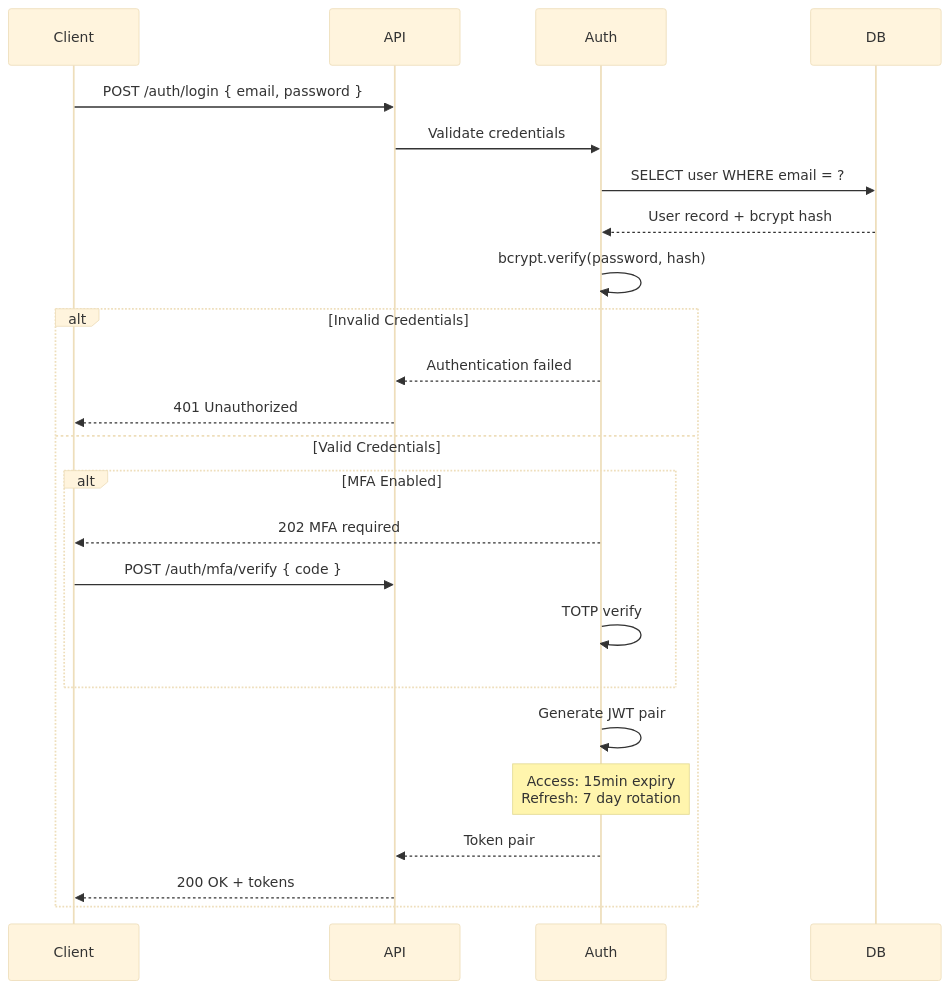
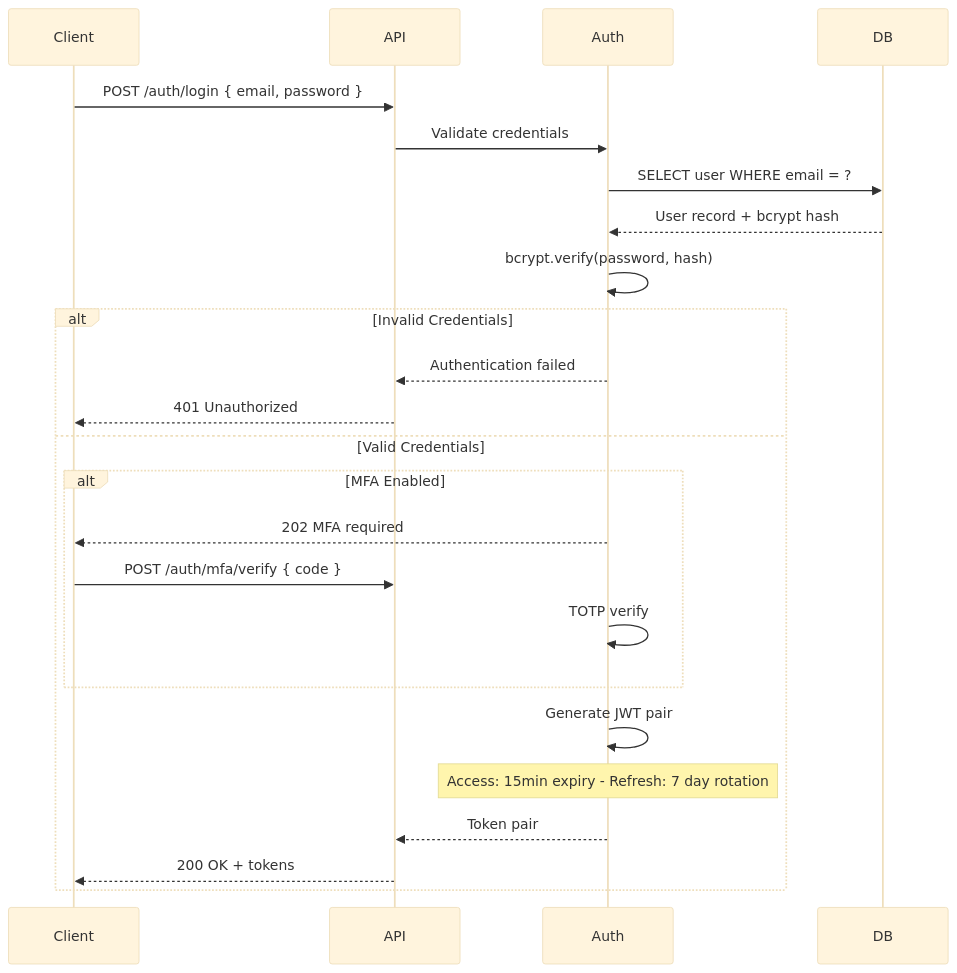
The second of 6 diagrams in docs/SECURITY.md (Shravani-kurkute/SOC-Analayzer), drawn with Mermaid (base theme) before and after one commit. The commit also changed 3 other files, not shown here.

First line of the commit message:
docs: fix GitHub Mermaid compatibility

````diff
--- a/docs/SECURITY.md
+++ b/docs/SECURITY.md
@@ -77,31 +77,31 @@
 ```mermaid
 sequenceDiagram
     participant Client
     participant API
     participant Auth
     participant DB
     
     Client->>API: POST /auth/login { email, password }
     API->>Auth: Validate credentials
     
     Auth->>DB: SELECT user WHERE email = ?
     DB-->>Auth: User record + bcrypt hash
     
     Auth->>Auth: bcrypt.verify(password, hash)
     
     alt Invalid Credentials
         Auth-->>API: Authentication failed
         API-->>Client: 401 Unauthorized
     else Valid Credentials
         alt MFA Enabled
             Auth-->>Client: 202 MFA required
             Client->>API: POST /auth/mfa/verify { code }
             Auth->>Auth: TOTP verify
         end
         
         Auth->>Auth: Generate JWT pair
-        Note over Auth: Access: 15min expiry<br/>Refresh: 7 day rotation
+        Note over Auth: Access: 15min expiry - Refresh: 7 day rotation
         Auth-->>API: Token pair
         API-->>Client: 200 OK + tokens
     end
 ```
````
